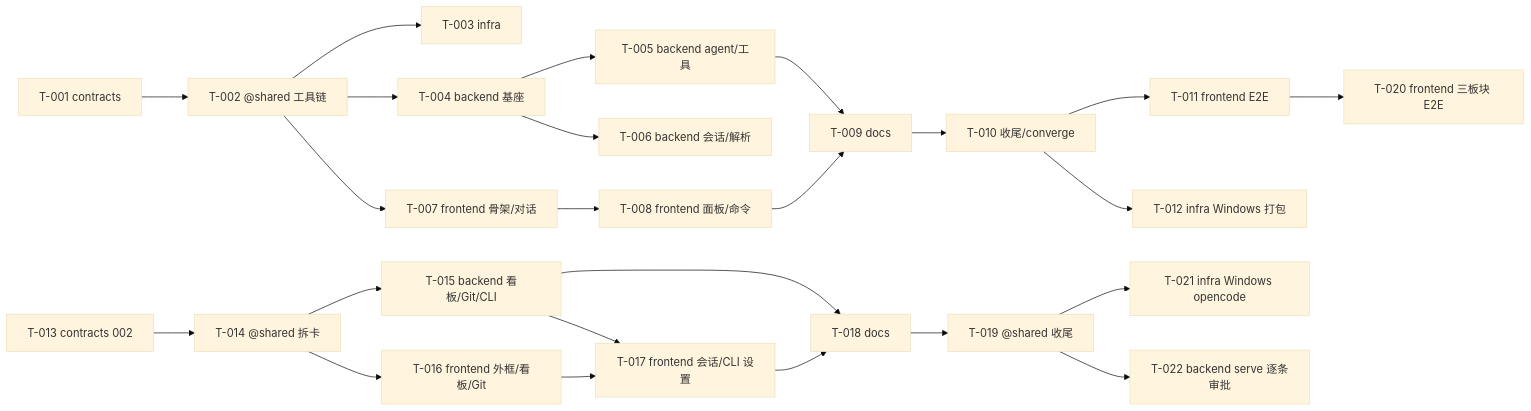
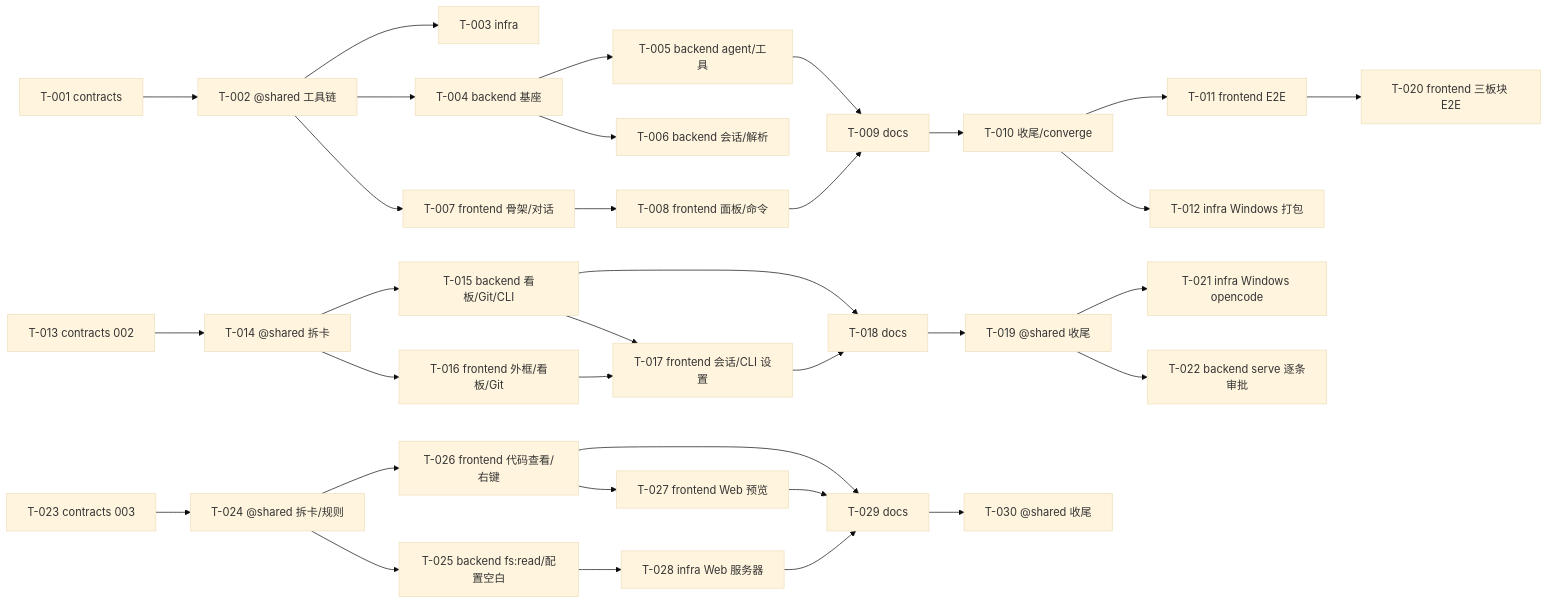
The diagram in docs/tasks/BOARD.md (Pizuu/ai-code-manager), drawn with Mermaid (base theme) before and after one commit. The commit also changed other lines of this file and 12 other files, not shown here.

Commit message:
chore(shared): 功能 003 拆卡 T-023…T-030 与 BOARD；AGENTS.md 简单 UI 修改跳过测试；npm run web 入口与打包排除；tsconfig/eslint 纳入 scripts (T202)

````diff
--- a/docs/tasks/BOARD.md
+++ b/docs/tasks/BOARD.md
@@ -35,26 +43,35 @@
 ```mermaid
 graph LR
   T001[T-001 contracts] --> T002[T-002 @shared 工具链]
   T002 --> T003[T-003 infra]
   T002 --> T004[T-004 backend 基座]
   T004 --> T005[T-005 backend agent/工具]
   T004 --> T006[T-006 backend 会话/解析]
   T002 --> T007[T-007 frontend 骨架/对话]
   T007 --> T008[T-008 frontend 面板/命令]
   T005 --> T009[T-009 docs]
   T008 --> T009
   T009 --> T010[T-010 收尾/converge]
   T010 --> T011[T-011 frontend E2E]
   T010 --> T012[T-012 infra Windows 打包]
   T013[T-013 contracts 002] --> T014[T-014 @shared 拆卡]
   T014 --> T015[T-015 backend 看板/Git/CLI]
   T014 --> T016[T-016 frontend 外框/看板/Git]
   T015 --> T017[T-017 frontend 会话/CLI 设置]
   T016 --> T017
   T015 --> T018[T-018 docs]
   T017 --> T018
   T018 --> T019[T-019 @shared 收尾]
   T011 --> T020[T-020 frontend 三板块 E2E]
   T019 --> T021[T-021 infra Windows opencode]
   T019 --> T022[T-022 backend serve 逐条审批]
+  T023[T-023 contracts 003] --> T024[T-024 @shared 拆卡/规则]
+  T024 --> T025[T-025 backend fs:read/配置空白]
+  T024 --> T026[T-026 frontend 代码查看/右键]
+  T026 --> T027[T-027 frontend Web 预览]
+  T025 --> T028[T-028 infra Web 服务器]
+  T026 --> T029[T-029 docs]
+  T027 --> T029
+  T028 --> T029
+  T029 --> T030[T-030 @shared 收尾]
 ```
````
